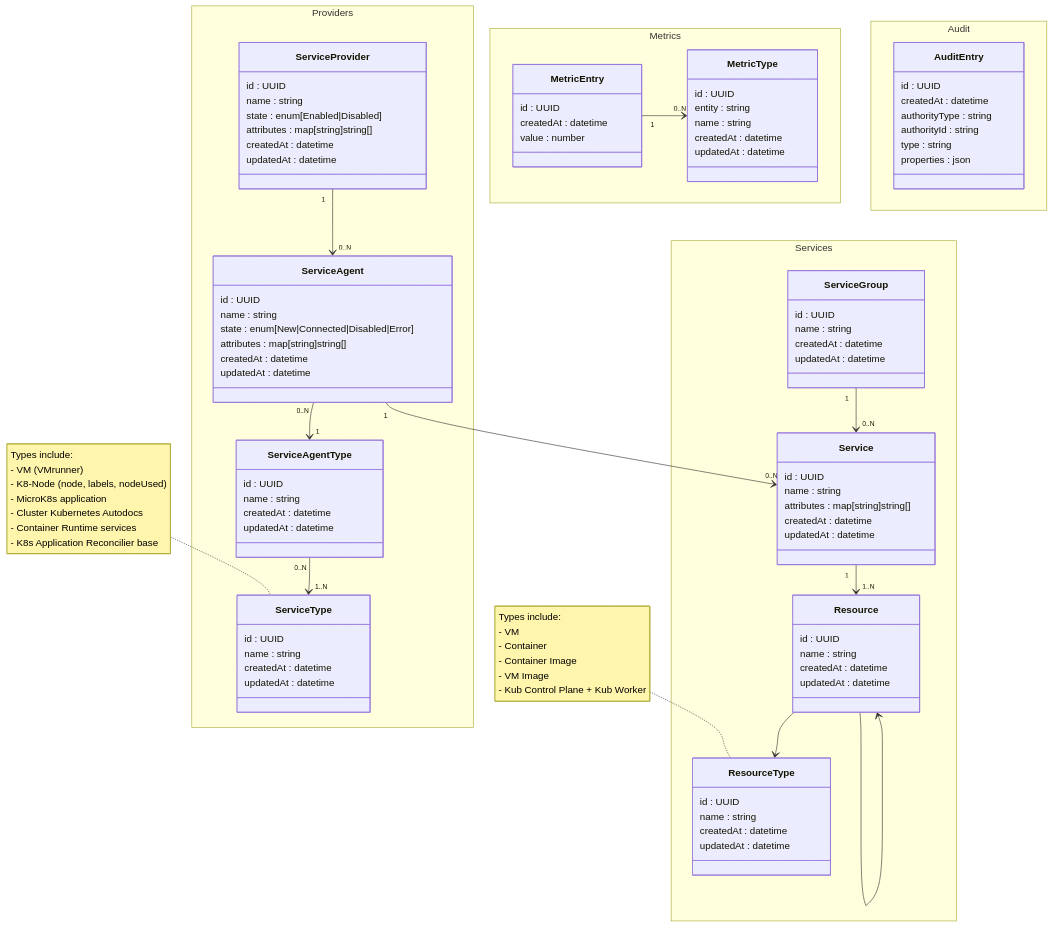
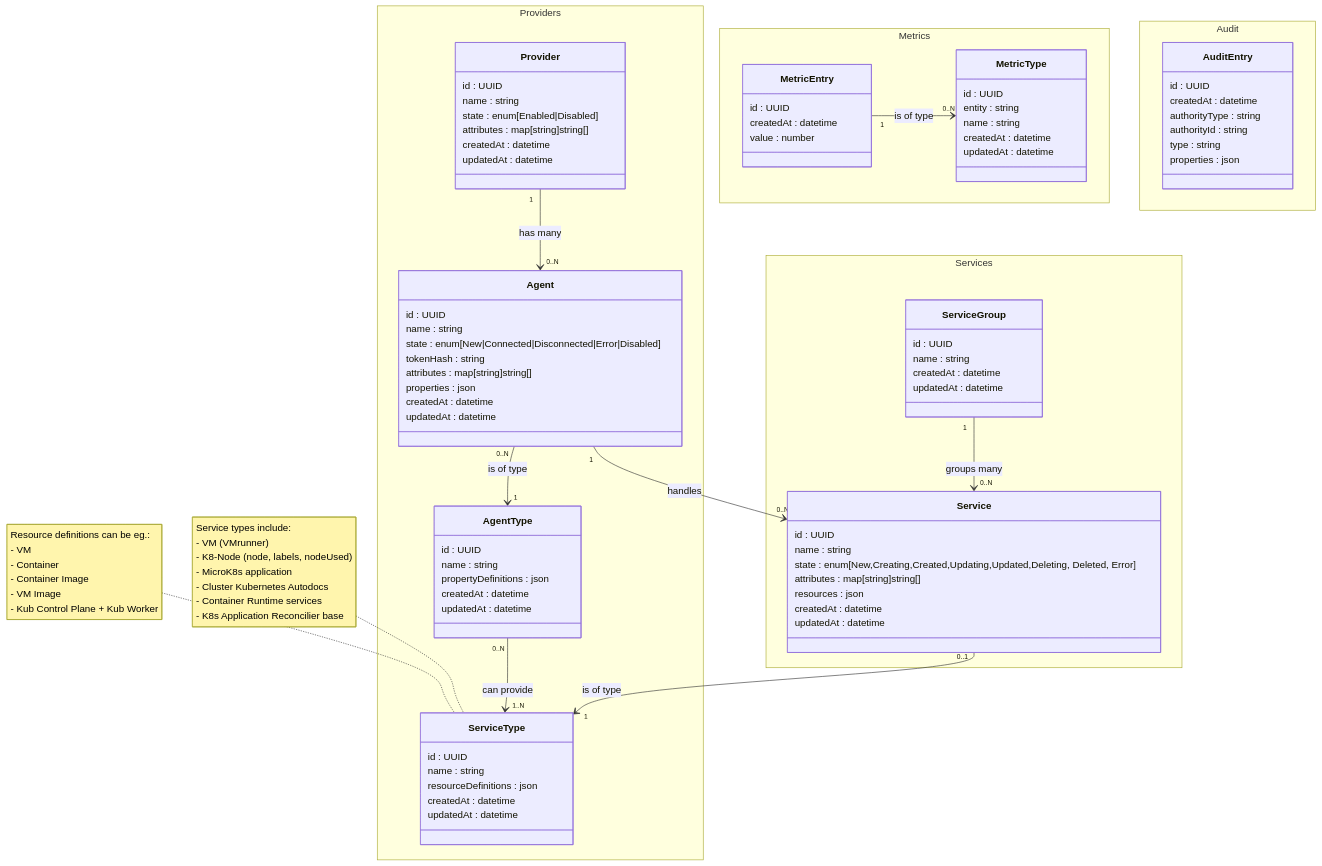
One commit to fulcrumproject/core changed the diagram in DOCS.md. Above: the diagram before and after it, drawn with Mermaid. The commit also changed other lines of this file and 1 other file, not shown here.

Commit message:
todo & docs

````diff
--- a/DOCS.md
+++ b/DOCS.md
@@ -7,17 +7,15 @@
 ```mermaid
 classDiagram
-    ServiceProvider "1" --> "0..N" ServiceAgent
-    ServiceAgentType "0..N" --> "1..N" ServiceType
-    ServiceAgent "0..N" --> "1" ServiceAgentType
-    ServiceAgent "1" --> "0..N" Service
-    Service "1" --> "1..N" Resource
-    ServiceGroup "1" --> "0..N" Service
-    Resource --> ResourceType
-    Resource --> Resource
-    MetricEntry "1" --> "0..N" MetricType
+    Provider "1" --> "0..N" Agent : has many
+    AgentType "0..N" --> "1..N" ServiceType : can provide
+    Agent "0..N" --> "1" AgentType : is of type
+    Agent "1" --> "0..N" Service : handles
+    Service "0..1" --> "1" ServiceType : is of type
+    ServiceGroup "1" --> "0..N" Service : groups many
+    MetricEntry "1" --> "0..N" MetricType : is of type
 
     namespace Providers {
-        class ServiceProvider {
+        class Provider {
             id : UUID
             name : string
             state : enum[Enabled|Disabled]
@@ -29,22 +27,26 @@
         class ServiceType {
             id : UUID
             name : string
+            resourceDefinitions : json
             createdAt : datetime
             updatedAt : datetime
         }
 
-        class ServiceAgentType {
+        class AgentType {
             id : UUID
             name : string
+            propertyDefinitions : json
             createdAt : datetime
             updatedAt : datetime
         }
 
-        class ServiceAgent {
+        class Agent {
             id : UUID
             name : string
-            state : enum[New|Connected|Disabled|Error]
+            state : enum[New|Connected|Disconnected|Error|Disabled]
+            tokenHash : string 
             attributes : map[string]string[] 
+            properties : json
             createdAt : datetime
             updatedAt : datetime
         }
@@ -54,21 +56,9 @@
         class Service {
             id : UUID
             name : string
-            attributes : map[string]string[] 
-            createdAt : datetime
-            updatedAt : datetime
-        }
-
-        class Resource {
-            id : UUID
-            name : string
-            createdAt : datetime
-            updatedAt : datetime
-        }
-
-        class ResourceType {
-            id : UUID
-            name : string
+            state : enum[New,Creating,Created,Updating,Updated,Deleting, Deleted, Error]
+            attributes : map[string]string[]
+            resources : json
             createdAt : datetime
             updatedAt : datetime
         }
@@ -108,14 +98,14 @@
         }
     }
 
-    note for ResourceType "Types include:
+    note for ServiceType "Resource definitions can be eg.:
     - VM
     - Container
     - Container Image
     - VM Image
     - Kub Control Plane + Kub Worker"
 
-    note for ServiceType "Types include:
+    note for ServiceType "Service types include:
     - VM (VMrunner)
     - K8-Node (node, labels, nodeUsed)
     - MicroK8s application
````
